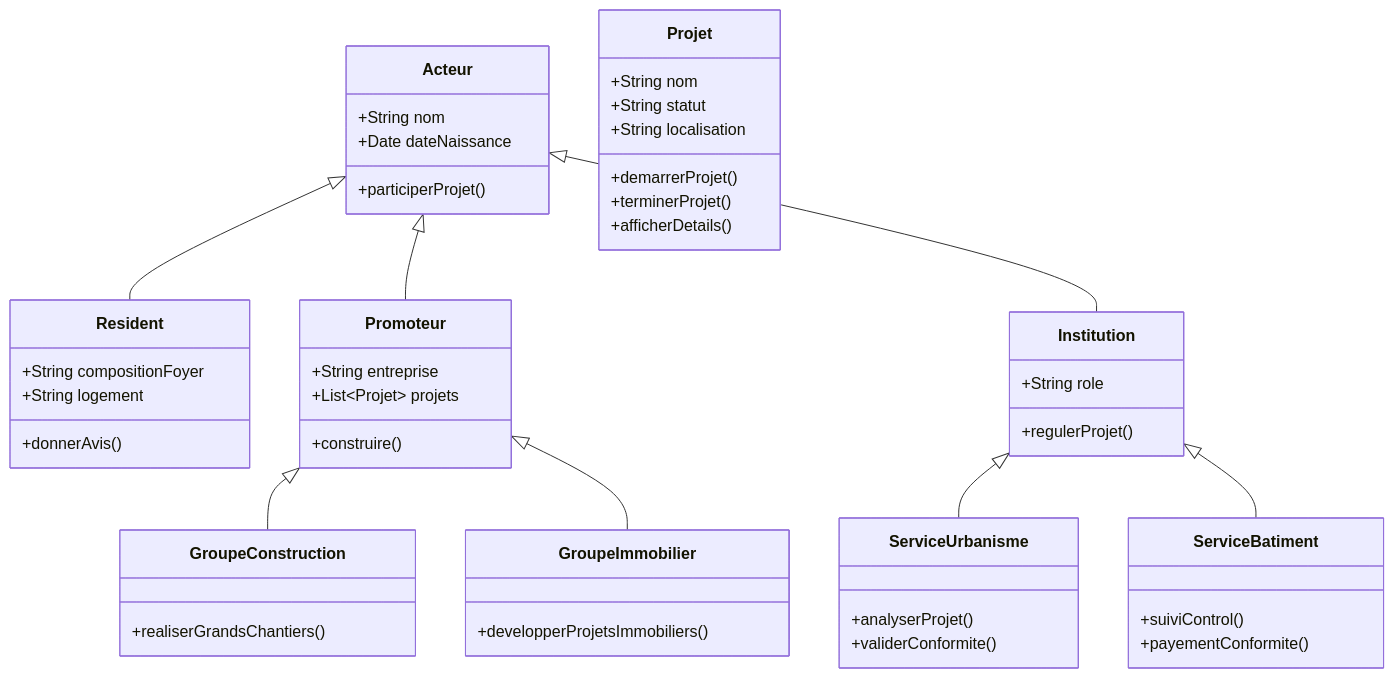
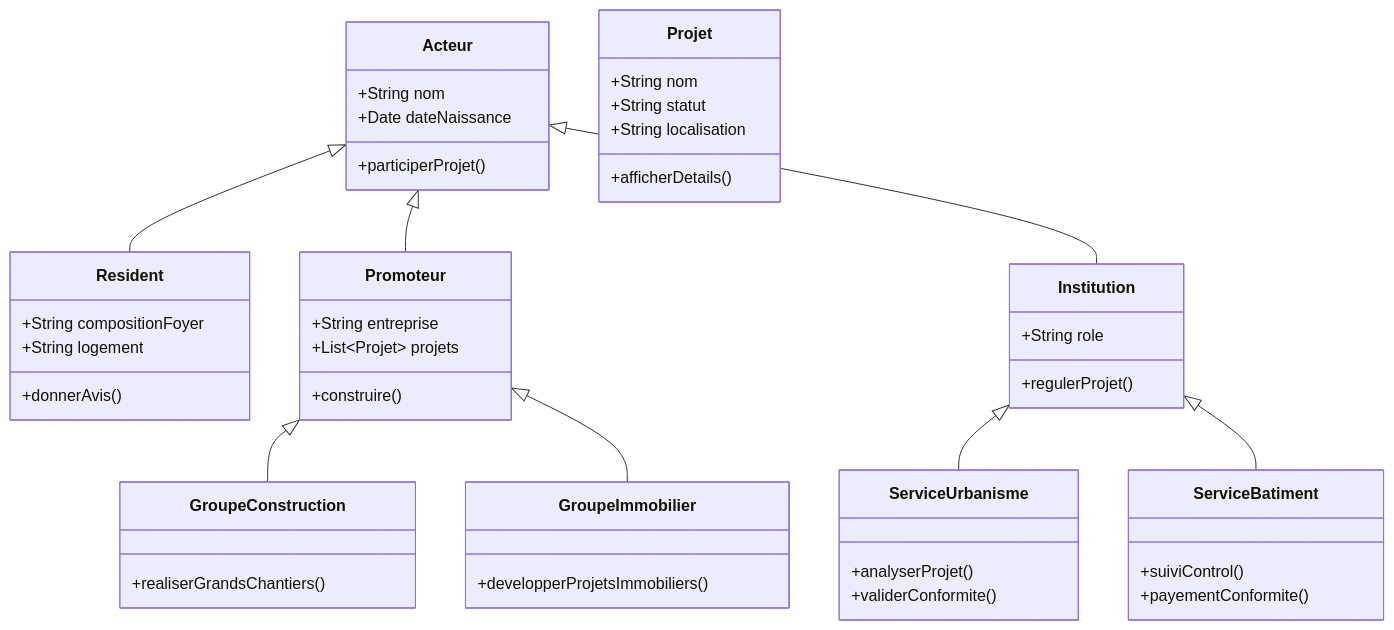
One commit to kahiarchi/plaine---saint--Denis---batiment- changed the diagram in acteursTGY95.md. Above: the diagram before and after it, drawn with Mermaid.

Commit message:
Remove project start and end methods from Projet class
Removed methods demarrerProjet() and terminerProjet() from Projet class.

````diff
--- a/acteursTGY95.md
+++ b/acteursTGY95.md
@@ -1,62 +1,60 @@
 ```mermaid
 classDiagram
     class Acteur {
         +String nom
         +Date dateNaissance
         +participerProjet()
     }
 
     class Resident {
         +String compositionFoyer
         +String logement
         +donnerAvis()
     }
 
     class Promoteur {
         +String entreprise
         +List~Projet~ projets
         +construire()
     }
 
     class GroupeConstruction {
         +realiserGrandsChantiers()
     }
 
     class GroupeImmobilier {
         +developperProjetsImmobiliers()
     }
 
     class Institution {
         +String role
         +regulerProjet()
     }
 
     class ServiceUrbanisme {
         +analyserProjet()
         +validerConformite()
     }
 
     class ServiceBatiment {
         +suiviControl()
         +payementConformite()
     }
 
     class Projet {
         +String nom
         +String statut
         +String localisation
-        +demarrerProjet()
-        +terminerProjet()
         +afficherDetails()
     }
 
   
     Acteur <|-- Resident
     Acteur <|-- Promoteur
     Acteur <|-- Institution
     Promoteur <|-- GroupeConstruction
     Promoteur <|-- GroupeImmobilier
     Institution <|-- ServiceUrbanisme
     Institution <|-- ServiceBatiment
 
 ```
````
